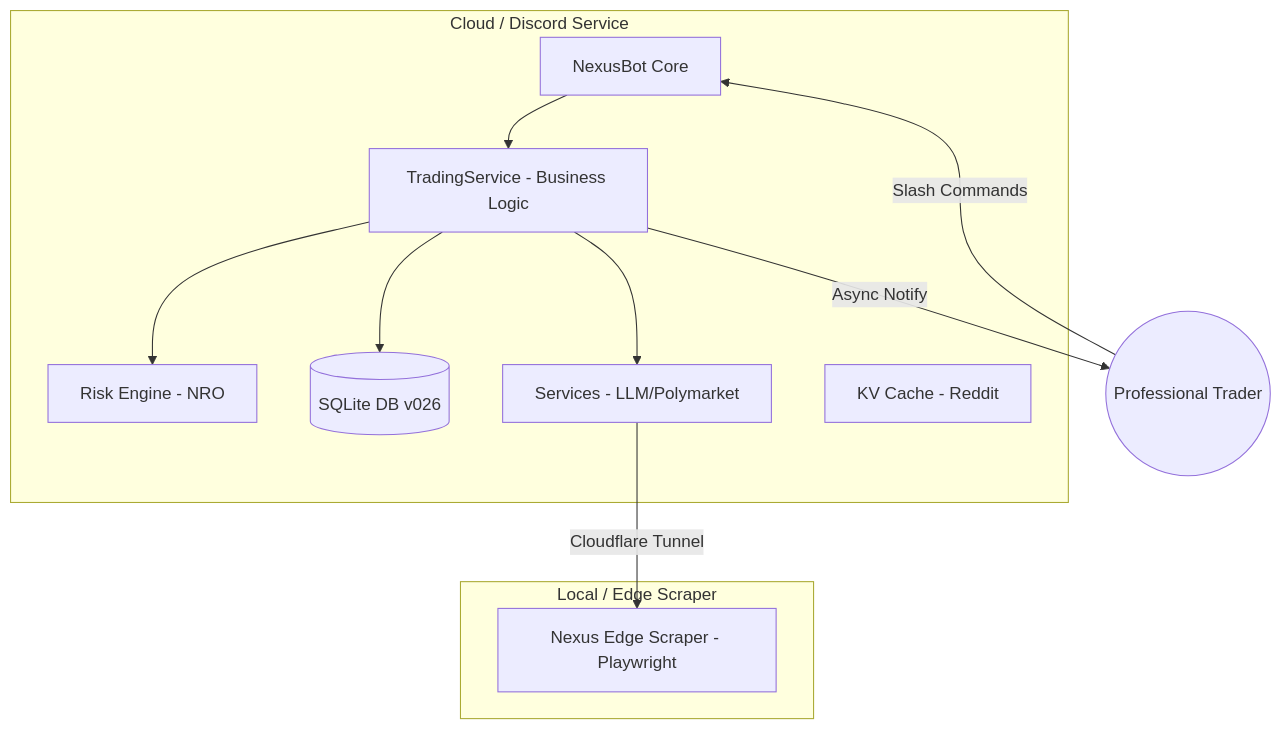
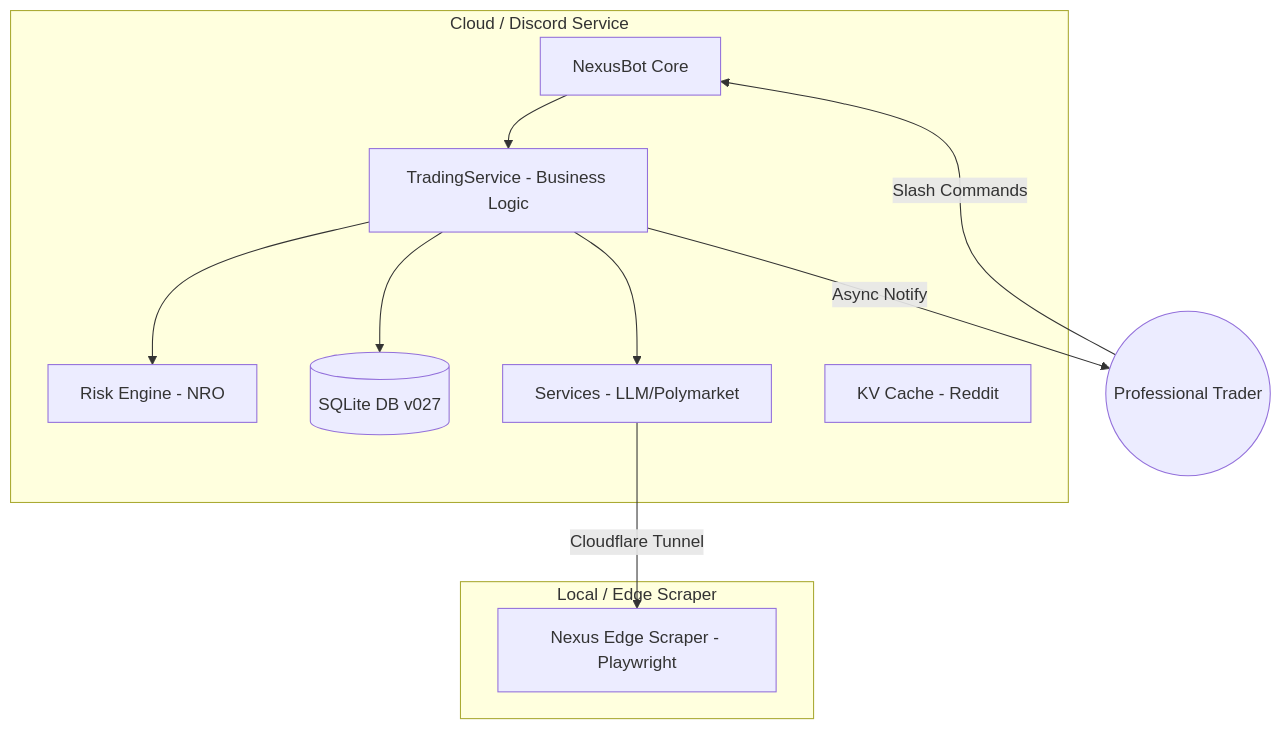
The first of 2 diagrams in README.md (cosmo-chang-1701/nexus-seeker), drawn with Mermaid before and after one commit. The commit also changed other lines of this file and 11 other files, not shown here.

````diff
--- a/README.md
+++ b/README.md
@@ -35,23 +35,23 @@
 ```mermaid
 graph TD
     subgraph Cloud_Environment [Cloud / Discord Service]
         Bot[NexusBot Core]
         TS[TradingService - Business Logic]
         RE[Risk Engine - NRO]
-        DB[(SQLite DB v026)]
+        DB[(SQLite DB v027)]
         S[Services - LLM/Polymarket]
         C[KV Cache - Reddit]
     end
 
     subgraph Edge_Environment [Local / Edge Scraper]
         ES[Nexus Edge Scraper - Playwright]
     end
 
     User((Professional Trader)) -- Slash Commands --> Bot
     Bot --> TS
     TS --> RE
     TS --> DB
     TS --> S
     S -- Cloudflare Tunnel --> ES
     TS -- Async Notify --> User
 ```
````
